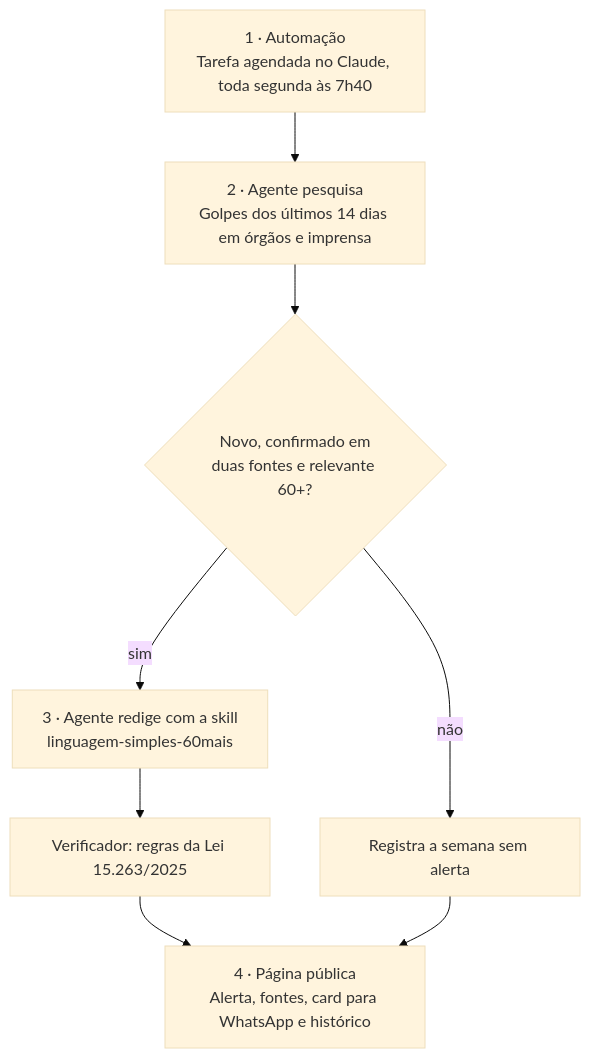
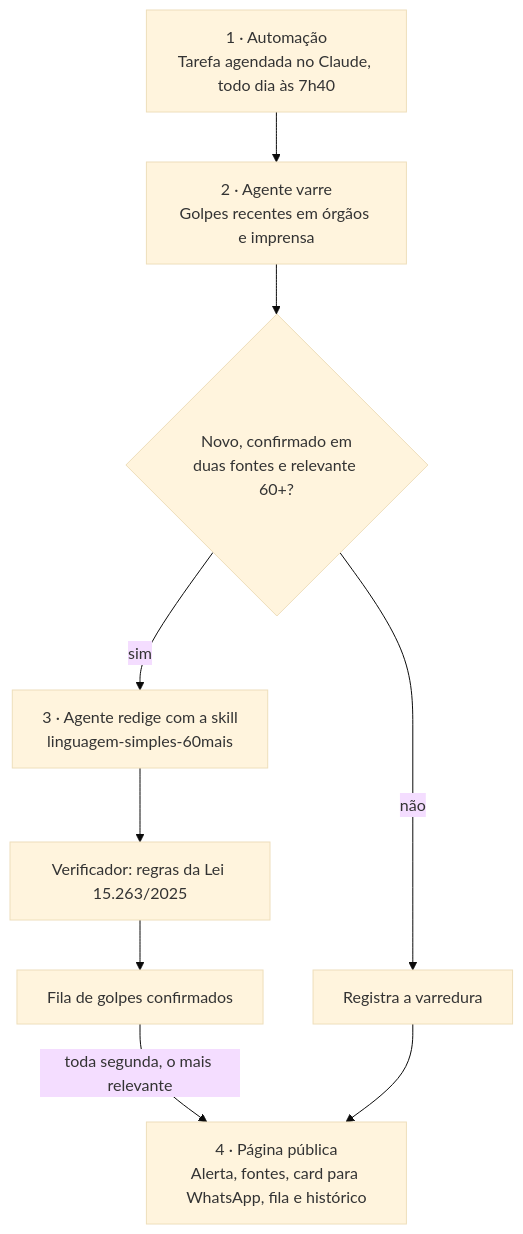
One commit to MFraza73/sentinela-60mais changed the diagram in 01-pitch/pitch.md. Above: the diagram before and after it, drawn with Mermaid (base theme). The commit also changed other lines of this file and 7 other files, not shown here.

First line of the commit message:
Varredura diária com publicação semanal, fila e trava de uma execução por dia

````diff
--- a/01-pitch/pitch.md
+++ b/01-pitch/pitch.md
@@ -84,10 +86,11 @@
 ```mermaid
 flowchart TD
-    A["1 · Automação<br/>Tarefa agendada no Claude, toda segunda às 7h40"] --> B["2 · Agente pesquisa<br/>Golpes dos últimos 14 dias em órgãos e imprensa"]
+    A["1 · Automação<br/>Tarefa agendada no Claude, todo dia às 7h40"] --> B["2 · Agente varre<br/>Golpes recentes em órgãos e imprensa"]
     B --> C{"Novo, confirmado em<br/>duas fontes e relevante 60+?"}
-    C -- não --> D["Registra a semana sem alerta"]
+    C -- não --> D["Registra a varredura"]
     C -- sim --> E["3 · Agente redige com a skill<br/>linguagem-simples-60mais"]
     E --> F["Verificador: regras da Lei 15.263/2025"]
-    F --> G["4 · Página pública<br/>Alerta, fontes, card para WhatsApp e histórico"]
+    F --> Q["Fila de golpes confirmados"]
+    Q -->|"toda segunda, o mais relevante"| G["4 · Página pública<br/>Alerta, fontes, card para WhatsApp, fila e histórico"]
     D --> G
 ```
````
